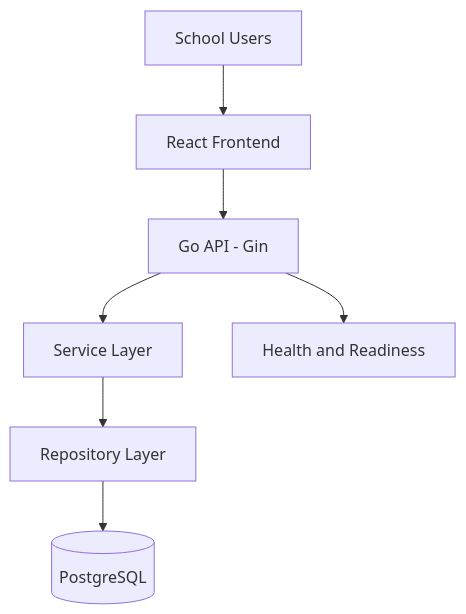
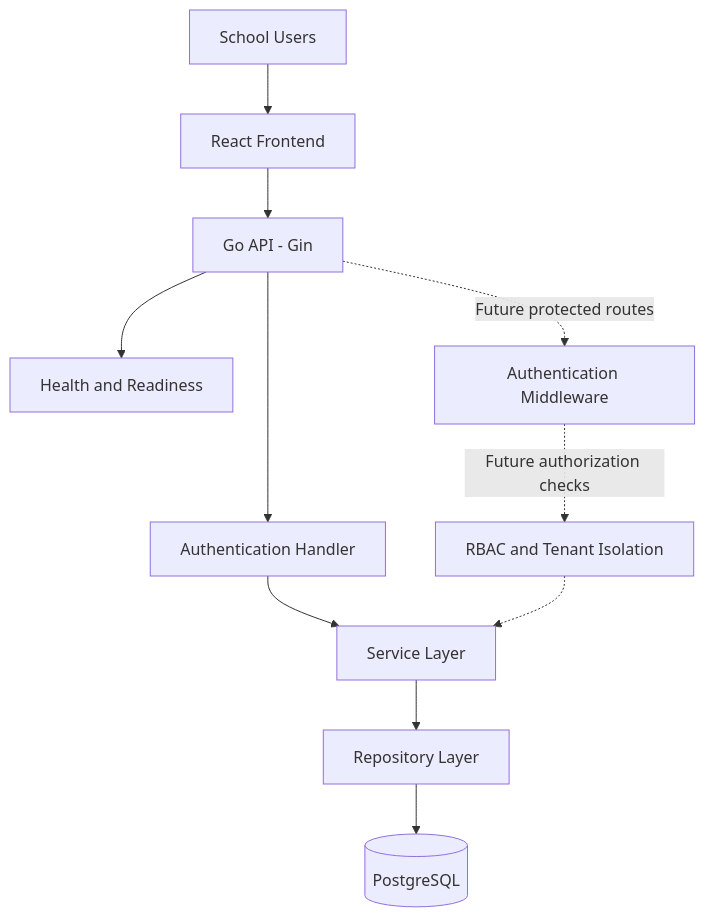
One commit to TheSumitNain/school-management-system changed the diagram in docs/ARCHITECTURE.md. Above: the diagram before and after it, drawn with Mermaid. The commit also changed other lines of this file and 19 other files, not shown here.

Commit message:
feat(auth): add JWT access token login flow

````diff
--- a/docs/ARCHITECTURE.md
+++ b/docs/ARCHITECTURE.md
@@ -35,9 +39,13 @@
 ```mermaid
 flowchart TD
     U[School Users] --> F[React Frontend]
     F --> A[Go API - Gin]
-    A --> S[Service Layer]
+    A --> H[Health and Readiness]
+    A --> M[Authentication Handler]
+    M --> S[Service Layer]
     S --> R[Repository Layer]
     R --> D[(PostgreSQL)]
-    A --> H[Health and Readiness]
+    A -. Future protected routes .-> MW[Authentication Middleware]
+    MW -. Future authorization checks .-> RBAC[RBAC and Tenant Isolation]
+    RBAC -.-> S
 ```
````
